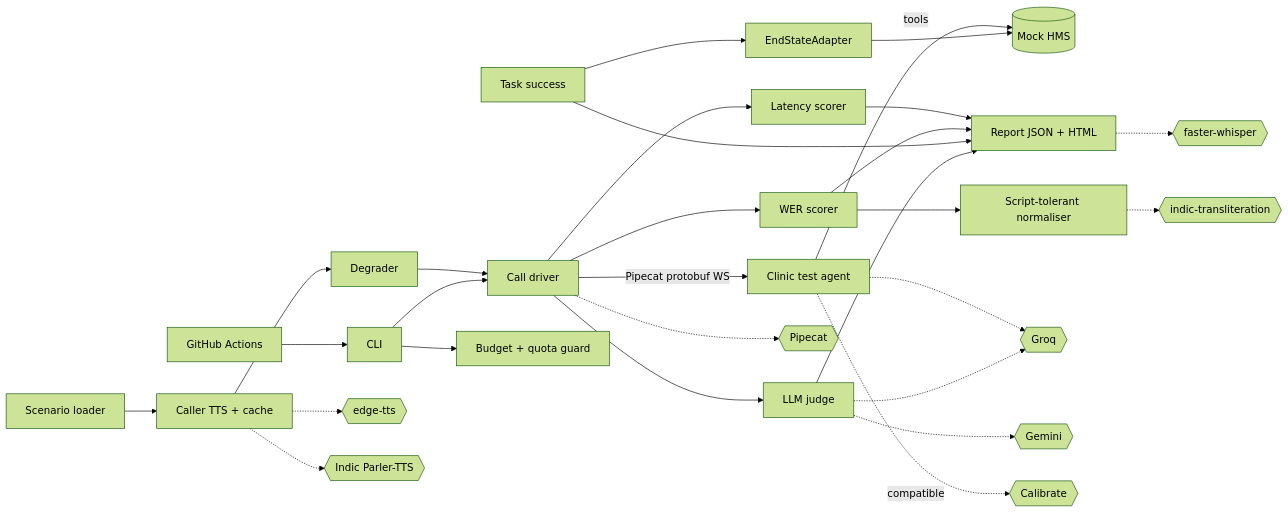
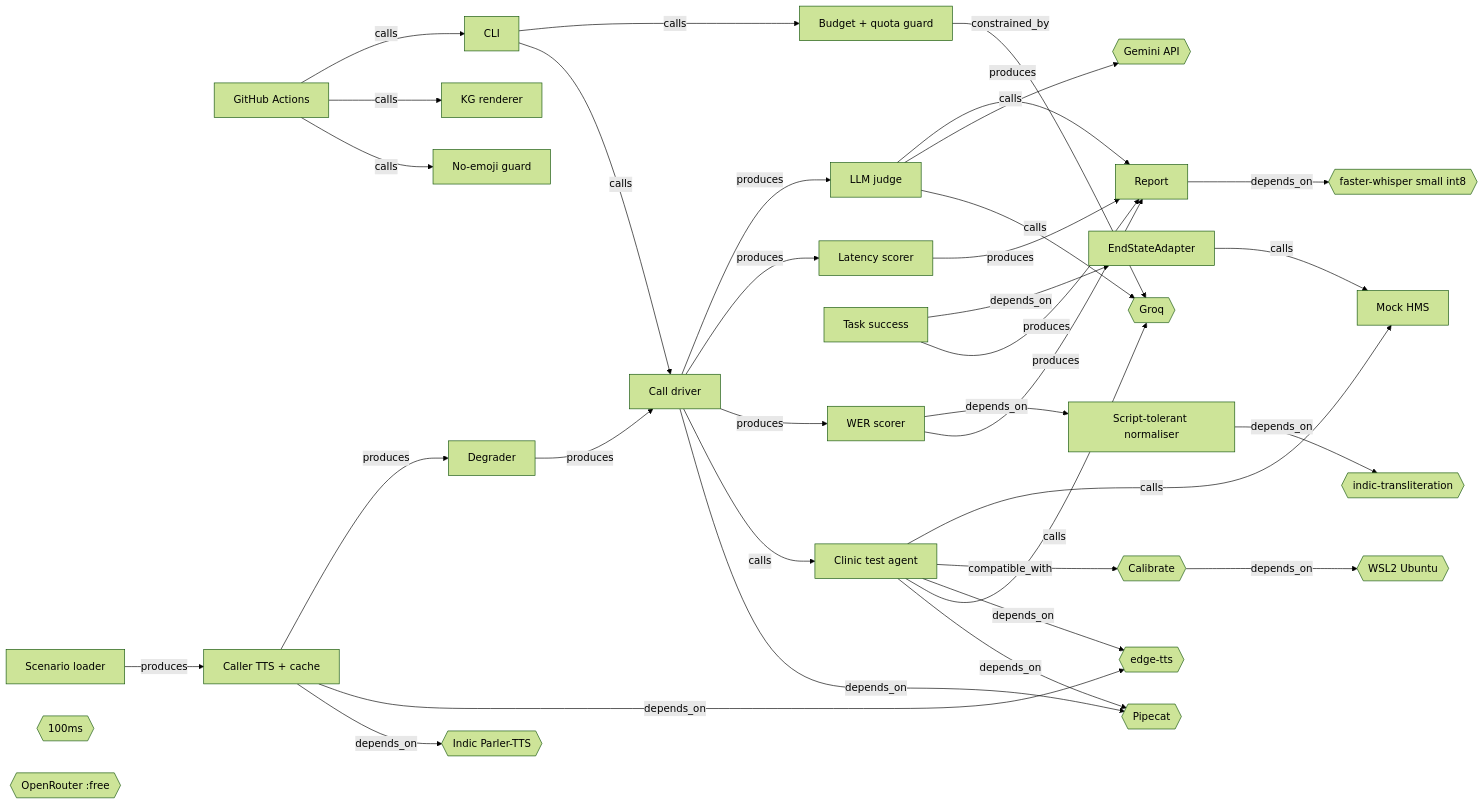
The first of 3 diagrams in docs/kg/README.md (yatinannam/parakh), drawn with Mermaid (forest theme) before and after one commit. The commit also changed other lines of this file and 3 other files, not shown here.

First line of the commit message:
feat(tools): generate knowledge-graph Mermaid views with sync check

````diff
--- a/docs/kg/README.md
+++ b/docs/kg/README.md
@@ -9,30 +22,65 @@
 ```mermaid
 flowchart LR
-  scenario[Scenario loader] --> tts_cache[Caller TTS + cache]
-  tts_cache --> degrader[Degrader]
-  degrader --> call_driver[Call driver]
-  call_driver -- "Pipecat protobuf WS" --> test_agent[Clinic test agent]
-  test_agent -- tools --> mock_hms[(Mock HMS)]
-  call_driver --> score_latency[Latency scorer]
-  call_driver --> score_wer[WER scorer]
-  score_wer --> normalizer[Script-tolerant normaliser]
-  score_task[Task success] --> end_state_adapter[EndStateAdapter] --> mock_hms
-  call_driver --> judge[LLM judge]
-  score_latency --> report[Report JSON + HTML]
-  score_wer --> report
-  score_task --> report
-  judge --> report
-  cli[CLI] --> call_driver
-  cli --> budget[Budget + quota guard]
-  ci[GitHub Actions] --> cli
-
-  tts_cache -.-> x_edge_tts{{edge-tts}}
-  tts_cache -.-> x_parler{{Indic Parler-TTS}}
-  test_agent -.-> x_groq{{Groq}}
-  judge -.-> x_groq
-  judge -.-> x_gemini{{Gemini}}
-  normalizer -.-> x_translit{{indic-transliteration}}
-  report -.-> x_whisper{{faster-whisper}}
-  call_driver -.-> x_pipecat{{Pipecat}}
-  test_agent -. compatible .-> x_calibrate{{Calibrate}}
+  budget["Budget + quota guard"]
+  call_driver["Call driver"]
+  ci["GitHub Actions"]
+  cli["CLI"]
+  degrader["Degrader"]
+  end_state_adapter["EndStateAdapter"]
+  judge["LLM judge"]
+  mock_hms["Mock HMS"]
+  normalizer["Script-tolerant normaliser"]
+  report["Report"]
+  scenario["Scenario loader"]
+  score_latency["Latency scorer"]
+  score_task["Task success"]
+  score_wer["WER scorer"]
+  t_kg_render["KG renderer"]
+  t_no_emoji["No-emoji guard"]
+  test_agent["Clinic test agent"]
+  tts_cache["Caller TTS + cache"]
+  x_100ms{{"100ms"}}
+  x_calibrate{{"Calibrate"}}
+  x_edge_tts{{"edge-tts"}}
+  x_gemini{{"Gemini API"}}
+  x_groq{{"Groq"}}
+  x_indic_translit{{"indic-transliteration"}}
+  x_openrouter{{"OpenRouter :free"}}
+  x_parler{{"Indic Parler-TTS"}}
+  x_pipecat{{"Pipecat"}}
+  x_whisper{{"faster-whisper small int8"}}
+  x_wsl{{"WSL2 Ubuntu"}}
+  budget -->|constrained_by| x_groq
+  call_driver -->|produces| judge
+  call_driver -->|produces| score_latency
+  call_driver -->|produces| score_wer
+  call_driver -->|calls| test_agent
+  call_driver -->|depends_on| x_pipecat
+  ci -->|calls| cli
+  ci -->|calls| t_kg_render
+  ci -->|calls| t_no_emoji
+  cli -->|calls| budget
+  cli -->|calls| call_driver
+  degrader -->|produces| call_driver
+  end_state_adapter -->|calls| mock_hms
+  judge -->|produces| report
+  judge -->|calls| x_gemini
+  judge -->|calls| x_groq
+  normalizer -->|depends_on| x_indic_translit
+  report -->|depends_on| x_whisper
+  scenario -->|produces| tts_cache
+  score_latency -->|produces| report
+  score_task -->|depends_on| end_state_adapter
+  score_task -->|produces| report
+  score_wer -->|depends_on| normalizer
+  score_wer -->|produces| report
+  test_agent -->|calls| mock_hms
+  test_agent -->|compatible_with| x_calibrate
+  test_agent -->|depends_on| x_edge_tts
+  test_agent -->|calls| x_groq
+  test_agent -->|depends_on| x_pipecat
+  tts_cache -->|produces| degrader
+  tts_cache -->|depends_on| x_edge_tts
+  tts_cache -->|depends_on| x_parler
+  x_calibrate -->|depends_on| x_wsl
 ```
````
